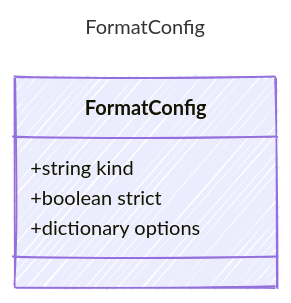
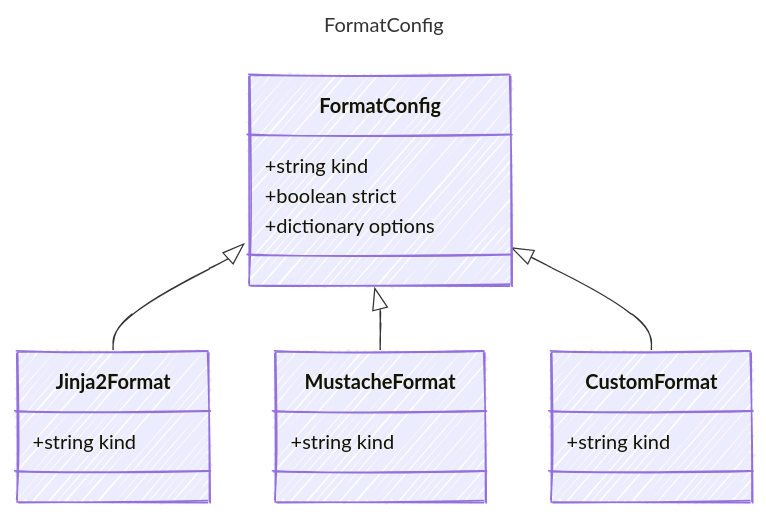
Before and after one commit to microsoft/prompty: the diagram in web/src/content/docs/reference/FormatConfig.md, drawn with Mermaid. The commit also changed other lines of this file and 543 other files, not shown here.

````diff
--- a/web/src/content/docs/reference/FormatConfig.md
+++ b/web/src/content/docs/reference/FormatConfig.md
@@ -12,16 +13,28 @@
 ```mermaid
 ---
 title: FormatConfig
 config:
   look: handDrawn
   theme: colorful
   class:
     hideEmptyMembersBox: true
 ---
 classDiagram
     class FormatConfig {
         +string kind
         +boolean strict
         +dictionary options
     }
+    class Jinja2Format {
+        +string kind
+    }
+    FormatConfig <|-- Jinja2Format
+    class MustacheFormat {
+        +string kind
+    }
+    FormatConfig <|-- MustacheFormat
+    class CustomFormat {
+        +string kind
+    }
+    FormatConfig <|-- CustomFormat
 ```
````
